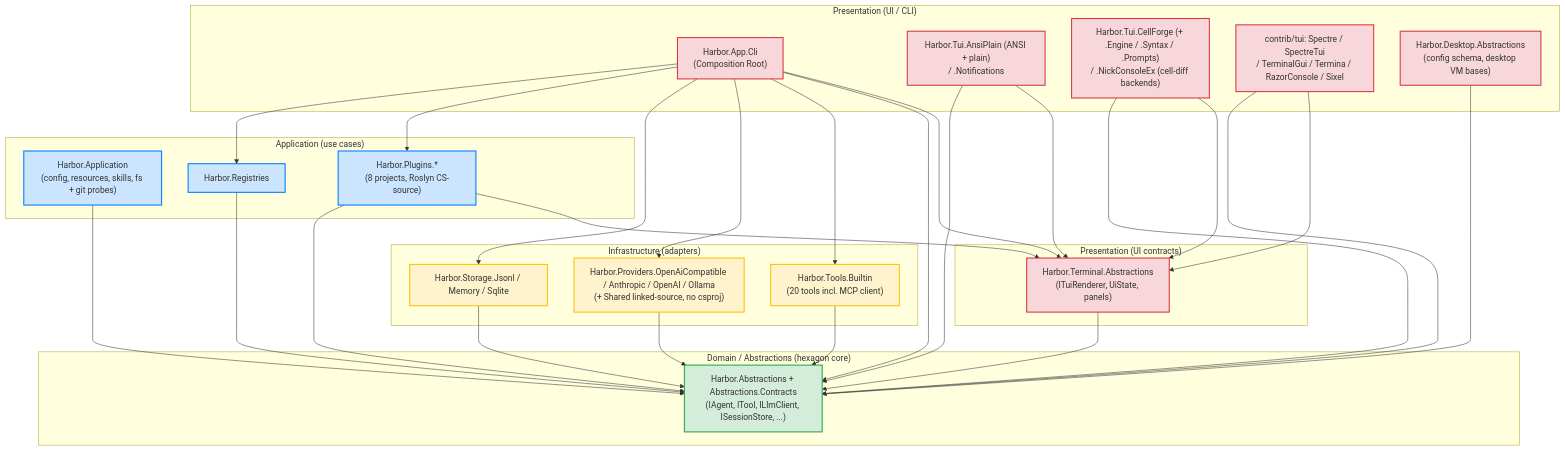
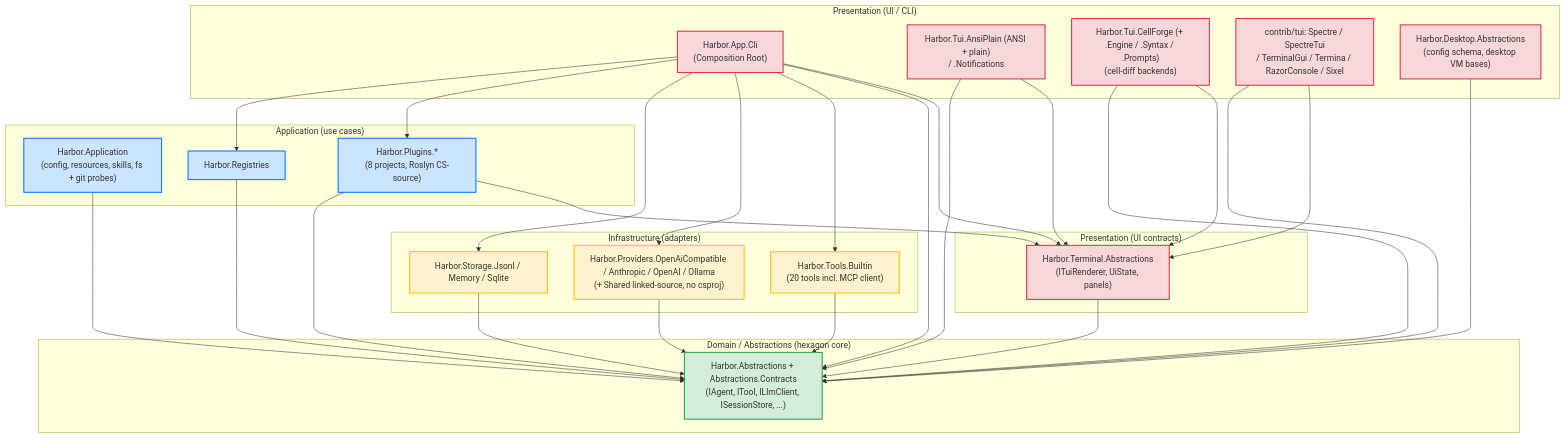
Before and after one commit to refusedguy/Harbor-Harness: the diagram in docs/ARCHITECTURE_LAYERS.md, drawn with Mermaid. The commit also changed other lines of this file and 21 other files, not shown here.

````diff
--- a/docs/ARCHITECTURE_LAYERS.md
+++ b/docs/ARCHITECTURE_LAYERS.md
@@ -319,68 +333,68 @@
 ```mermaid
 flowchart TB
     subgraph Pres["Presentation (UI / CLI)"]
         Cli["Harbor.App.Cli<br/>(Composition Root)"]
         TuiAnsi["Harbor.Tui.AnsiPlain (ANSI + plain)<br/>/ .Notifications"]
-        TuiConsoleEx["Harbor.Tui.CellForge (+ .Engine / .Syntax / .Prompts)<br/>/ .NickConsoleEx (cell-diff backends)"]
+        TuiConsoleEx["Harbor.Tui.CellForge (+ .Engine / .Syntax / .Prompts)<br/>(cell-diff backends)"]
         TuiContrib["contrib/tui: Spectre / SpectreTui<br/>/ TerminalGui / Termina / RazorConsole / Sixel"]
         DesktopAbs["Harbor.Desktop.Abstractions<br/>(config schema, desktop VM bases)"]
     end
 
     subgraph App["Application (use cases)"]
         AppLayer["Harbor.Application<br/>(config, resources, skills, fs + git probes)"]
         Core["Harbor.Registries"]
         Plugins["Harbor.Plugins.*<br/>(8 projects, Roslyn CS-source)"]
     end
 
     subgraph Infra["Infrastructure (adapters)"]
         Storage["Harbor.Storage.Jsonl / Memory / Sqlite"]
         Providers["Harbor.Providers.OpenAiCompatible / Anthropic / OpenAI / Ollama<br/>(+ Shared linked-source, no csproj)"]
         Tools["Harbor.Tools.Builtin<br/>(20 tools incl. MCP client)"]
     end
 
     subgraph Domain["Domain / Abstractions (hexagon core)"]
         Abs["Harbor.Abstractions + Abstractions.Contracts<br/>(IAgent, ITool, ILlmClient, ISessionStore, ...)"]
     end
 
     subgraph UiPres["Presentation (UI contracts)"]
         TuiAbs["Harbor.Terminal.Abstractions<br/>(ITuiRenderer, UiState, panels)"]
     end
 
     Cli --> Core
     Cli --> Plugins
     Cli --> Storage
     Cli --> Providers
     Cli --> Tools
     Cli --> Abs
     Cli --> TuiAbs
 
     DesktopAbs --> Abs
 
     TuiAnsi --> Abs
     TuiAnsi --> TuiAbs
     TuiConsoleEx --> Abs
     TuiConsoleEx --> TuiAbs
     TuiContrib --> Abs
     TuiContrib --> TuiAbs
 
     AppLayer --> Abs
     Core --> Abs
     Plugins --> Abs
     Plugins --> TuiAbs
 
     Storage --> Abs
     Providers --> Abs
     Tools --> Abs
 
     TuiAbs --> Abs
 
     classDef domain fill:#d4edda,stroke:#28a745,stroke-width:2px
     classDef app fill:#cce5ff,stroke:#007bff,stroke-width:2px
     classDef infra fill:#fff3cd,stroke:#ffc107,stroke-width:2px
     classDef pres fill:#f8d7da,stroke:#dc3545,stroke-width:2px
 
     class Abs domain
     class AppLayer,Core,Plugins app
     class Storage,Providers,Tools infra
     class Cli,TuiAnsi,TuiConsoleEx,TuiContrib,DesktopAbs,TuiAbs pres
 ```
````
